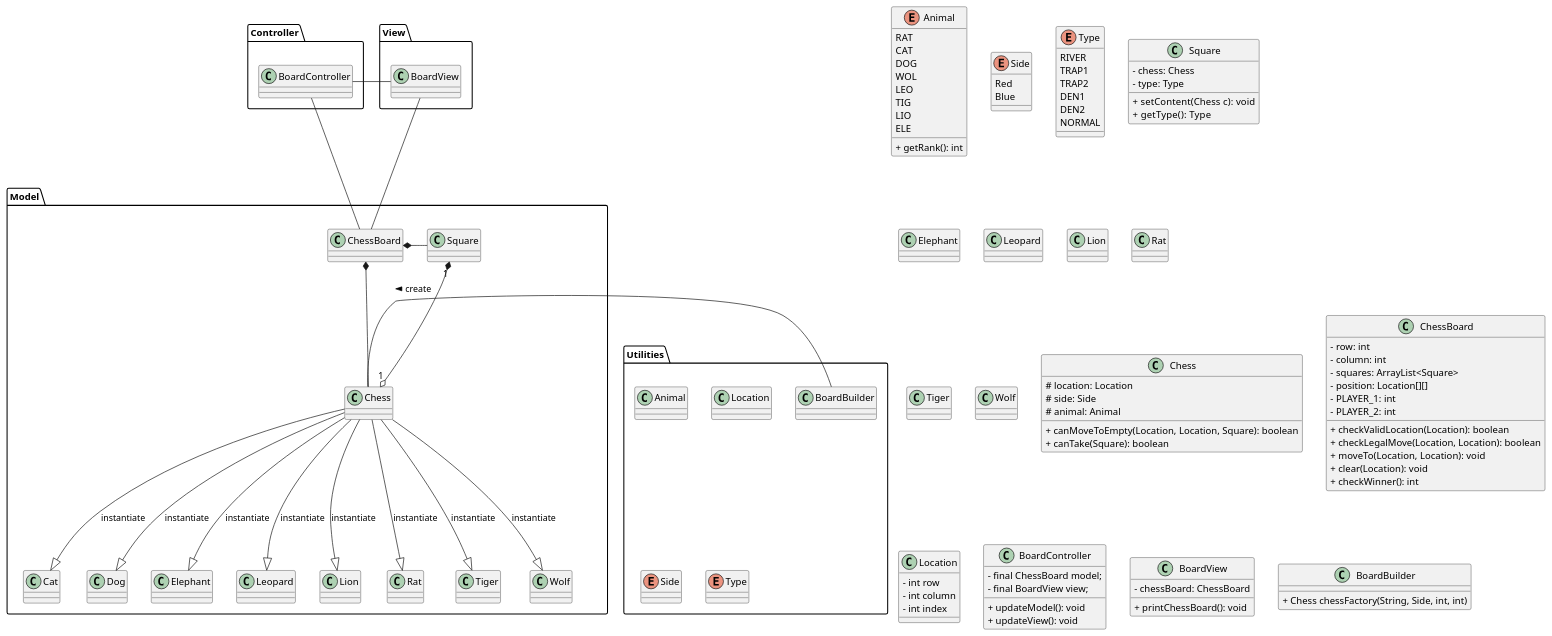
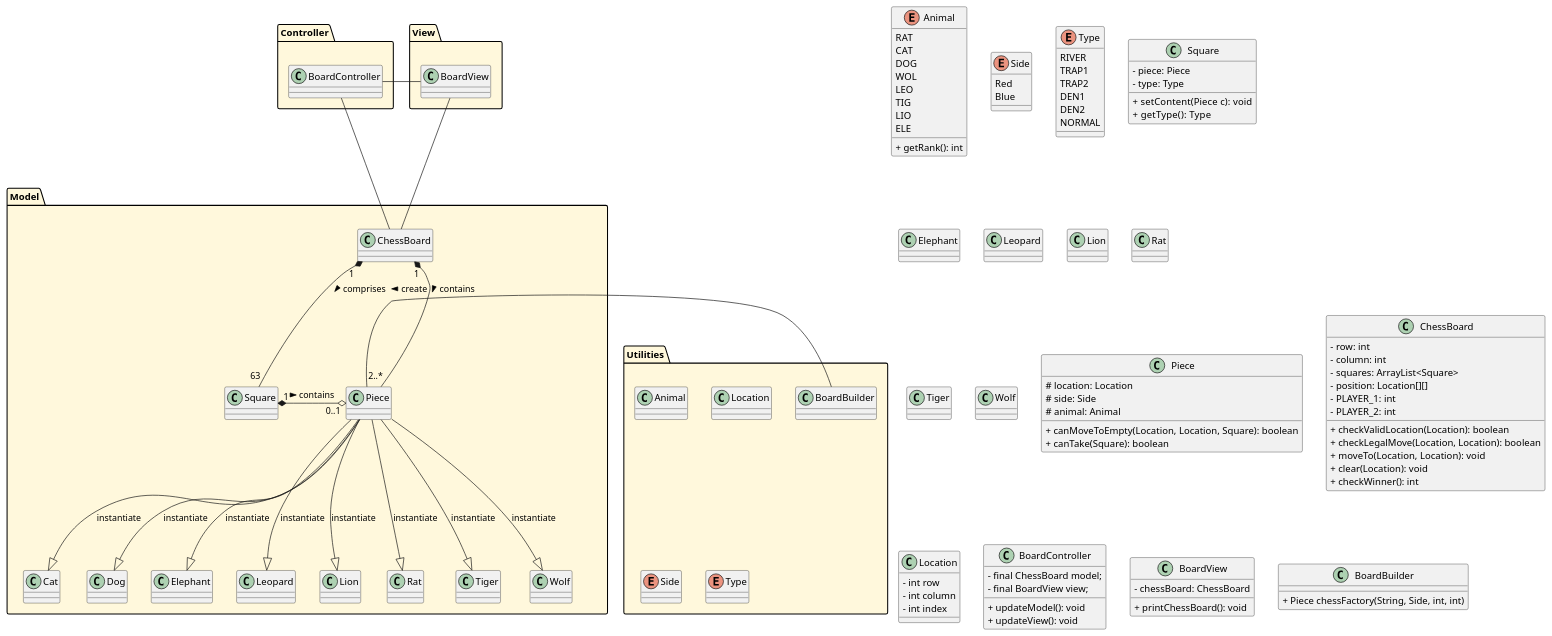
The diagram in src/main/UML/ClassDiagram.puml (Edo-kawa/SE-Project), drawn with PlantUML before and after one commit.

```diff
--- a/src/main/UML/ClassDiagram.puml
+++ b/src/main/UML/ClassDiagram.puml
@@ -1,185 +1,185 @@
 @startuml
 
-package "Model" {
+package "Model" #FFF8DC {
     'ChessBoard o-- Location
-    ChessBoard *- Chess
-    ChessBoard *- Square
+    ChessBoard "1" *- "2..*" Piece: contains >
+    ChessBoard "1" *-- "63" Square: comprises >
 
     'Square o-- Type
-    Square "1" *--o "1" Chess
+    Square "1" *-o "0..1" Piece: contains >
     '
-    Chess --|> Cat      : instantiate
-    Chess --|> Dog      : instantiate
-    Chess --|> Elephant : instantiate
-    Chess --|> Leopard  : instantiate
-    Chess --|> Lion     : instantiate
-    Chess --|> Rat      : instantiate
-    Chess --|> Tiger    : instantiate
-    Chess --|> Wolf     : instantiate
+    Piece --|> Cat      : instantiate
+    Piece --|> Dog      : instantiate
+    Piece --|> Elephant : instantiate
+    Piece --|> Leopard  : instantiate
+    Piece --|> Lion     : instantiate
+    Piece --|> Rat      : instantiate
+    Piece --|> Tiger    : instantiate
+    Piece --|> Wolf     : instantiate
 }
 
-package "View" {
+package "View" #FFF8DC {
     BoardView -- ChessBoard
 }
 
-package "Controller" {
+package "Controller" #FFF8DC {
     BoardController -- ChessBoard
     BoardController - BoardView
 }
 
-package "Utilities" {
+package "Utilities" #FFF8DC {
     class Animal
     class Location
     enum Side
     enum Type
-    BoardBuilder - Chess: create >
+    BoardBuilder - Piece: create >
     'Chess o-- Animal
     'Chess o-- Side
     'Chess o-- Location
     'BoardBuilder o-- Side
 }
 
 enum Animal{
 RAT
 CAT
 DOG
 WOL
 LEO
 TIG
 LIO
 ELE
 
 '<plain>- rank: int
 
 'Animal(int rank)
 <plain>+ getRank(): int
 }
 
 enum Side{
 Red
 Blue
 }
 
 enum Type {
 RIVER
 TRAP1
 TRAP2
 DEN1
 DEN2
 NORMAL
 }
 
 class Square{
-<plain>- chess: Chess
+<plain>- piece: Piece
 <plain>- type: Type
 
 '<plain>+  Square(Chess, Type) // constructor
 '<plain>+  getChessContent(): Chess
-<plain>+  setContent(Chess c): void
+<plain>+  setContent(Piece c): void
 <plain>+  getType(): Type
 }
 
 
 
 class Elephant{
 '<plain># outRank(Animal): boolean
 }
 '
 class Leopard{
 'boolean isValidPath(Location from, Location to)
 }
 class Lion{
 '<plain>+ canMoveToEmpty(Location, Location, Square): boolean
 }
 class Rat{
 '<plain>+ canMoveToEmpty(Location, Location, Square): boolean
 '<plain># outRank(Animal animal1): boolean
 }
 class Tiger{
 '<plain>+ canMoveToEmpty(Location, Location, Square): boolean
 }
 class Wolf{
 '<plain>+ boolean isValidPath(Location from, Location to)
 }
 
-class Chess{
+class Piece{
 <plain># location: Location
 <plain># side: Side
 <plain># animal: Animal
 
 '<plain>+ Chess(Location, Animal, Side)
 <plain>+ canMoveToEmpty(Location, Location, Square): boolean
 '<plain># outRank(Animal): boolean
 <plain>+ canTake(Square): boolean
 }
 
 class ChessBoard{
 <plain>- row: int
 <plain>- column: int
 <plain>- squares: ArrayList<Square>
 '// player1 [0][1-8], player2 [1][1-8] 1-8 standing for Rank
 <plain>- position: Location[][]
 <plain>- PLAYER_1: int
 <plain>- PLAYER_2: int
 
 '<plain>+ ChessBoard() // constructor
 '<plain>+ getPosition(int, int): Location
 <plain>+ checkValidLocation(Location): boolean
 '<plain>+ checkCanCapture(Chess chess, Location location) // 未使用
 '<plain>+ boolean checkIsEmpty(Location location) // 未使用
 <plain>+ checkLegalMove(Location, Location): boolean
 '<plain>+ boolean checkLegalMove(int index, Location to)
 <plain>+ moveTo(Location, Location): void
 '<plain>+ void moveTo(int index, Location to)
 <plain>+ clear(Location): void
 <plain>+ checkWinner(): int
 '<plain>+ boolean setChess(Chess chess, Location location) // 未使用
 '<plain>+ Chess getChess(Location location)
 '<plain>+ getSquare(Location): Square
 '<plain>+ Square getSquare(int index)
 '<plain>+ Set<Move> getLegalMoves(Location location) // 未使用
 '<plain>- int location2index(Location location)
 '<plain>- Location index2Location(int index)
 '<plain>- init(): void
 }
 
 
 
 class Location{
 
 <plain>- int row
 <plain>- int column
 <plain>- int index
 
 '<plain>+ Location(int, int)
 '<plain>+ Location(int)
 '<plain>+ getRow(): int
 '<plain>+ getCol(): int
 '<plain>+ getIndex(): int
 }
 
 class BoardController{
 <plain>- final ChessBoard model;
 <plain>- final BoardView view;
 
 '<plain>+ BoardController(BoardView)
 '<plain>+ init(): void
 <plain>+ updateModel(): void
 <plain>+ updateView(): void
 }
 
 class BoardView{
 
 <plain>- chessBoard: ChessBoard
 
 '<plain>+ BoardView(ChessBoard)
 '<plain>+ getChessBoard(): ChessBoard
 <plain>+ printChessBoard(): void
 }
 
 
 class BoardBuilder{
-<plain>+ Chess chessFactory(String, Side, int, int)
+<plain>+ Piece chessFactory(String, Side, int, int)
 }
 
 @enduml
```
